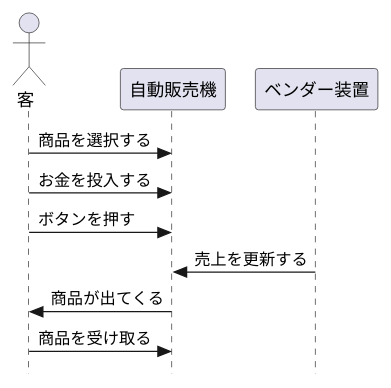
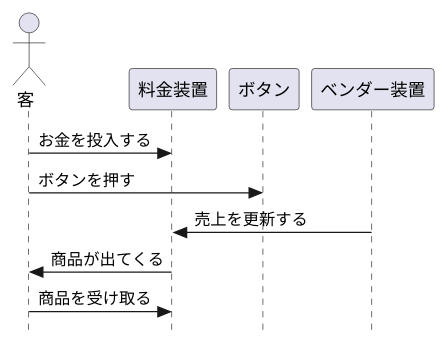
The diagram in 演習6-4-3_シーケンス図_自動販売機.pu (github-use-a/uml-introduction), drawn with PlantUML before and after one commit.

Commit message:
修正

```diff
--- a/演習6-4-3_シーケンス図_自動販売機.pu
+++ b/演習6-4-3_シーケンス図_自動販売機.pu
@@ -1,16 +1,16 @@
 @startuml 客が自動販売機から商品を手に取るまでのシーケンス図
 hide footbox
 skinparam style strictuml /' 厳密なUMLに準拠する'/
 Actor 客 as user
-participant "自動販売機" as vendingmachine
+participant "料金装置" as pricequipment
+participant "ボタン" as button
 participant "ベンダー装置" as vendorequipment
 
-user -> vendingmachine : 商品を選択する
-user -> vendingmachine: お金を投入する
-user -> vendingmachine : ボタンを押す
-vendorequipment -> vendingmachine : 売上を更新する
-vendingmachine -> user: 商品が出てくる
-user -> vendingmachine : 商品を受け取る
+user -> pricequipment : お金を投入する
+user -> button : ボタンを押す
+vendorequipment -> pricequipment : 売上を更新する
+pricequipment -> user: 商品が出てくる
+user -> pricequipment : 商品を受け取る
 
 
 @enduml
```
